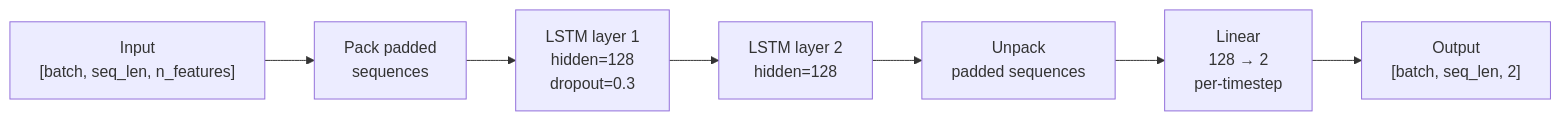
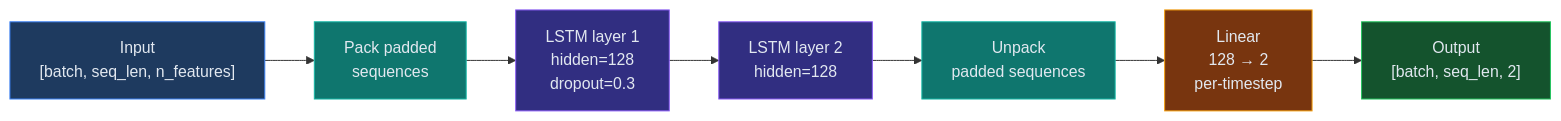
The diagram in mermaid/lstm_architecture.mmd (RICSE-donnenfeld/DEEPL-brainshake), drawn with Mermaid before and after one commit. The commit also changed 18 other files, not shown here.

```diff
--- a/mermaid/lstm_architecture.mmd
+++ b/mermaid/lstm_architecture.mmd
@@ -1,11 +1,19 @@
 %% LSTM architecture detail
 flowchart LR
     input["Input<br/>[batch, seq_len, n_features]"]
     packed["Pack padded<br/>sequences"]
     lstm1["LSTM layer 1<br/>hidden=128<br/>dropout=0.3"]
     lstm2["LSTM layer 2<br/>hidden=128"]
     unpack["Unpack<br/>padded sequences"]
     fc["Linear<br/>128 → 2<br/>per-timestep"]
     output["Output<br/>[batch, seq_len, 2]"]
 
     input --> packed --> lstm1 --> lstm2 --> unpack --> fc --> output
+
+    style input fill:#1e3a5f,stroke:#3b82f6,color:#e2e8f0
+    style packed fill:#0f766e,stroke:#14b8a6,color:#e2e8f0
+    style lstm1 fill:#312e81,stroke:#8b5cf6,color:#e2e8f0
+    style lstm2 fill:#312e81,stroke:#8b5cf6,color:#e2e8f0
+    style unpack fill:#0f766e,stroke:#14b8a6,color:#e2e8f0
+    style fc fill:#78350f,stroke:#f59e0b,color:#e2e8f0
+    style output fill:#14532d,stroke:#22c55e,color:#e2e8f0
```
